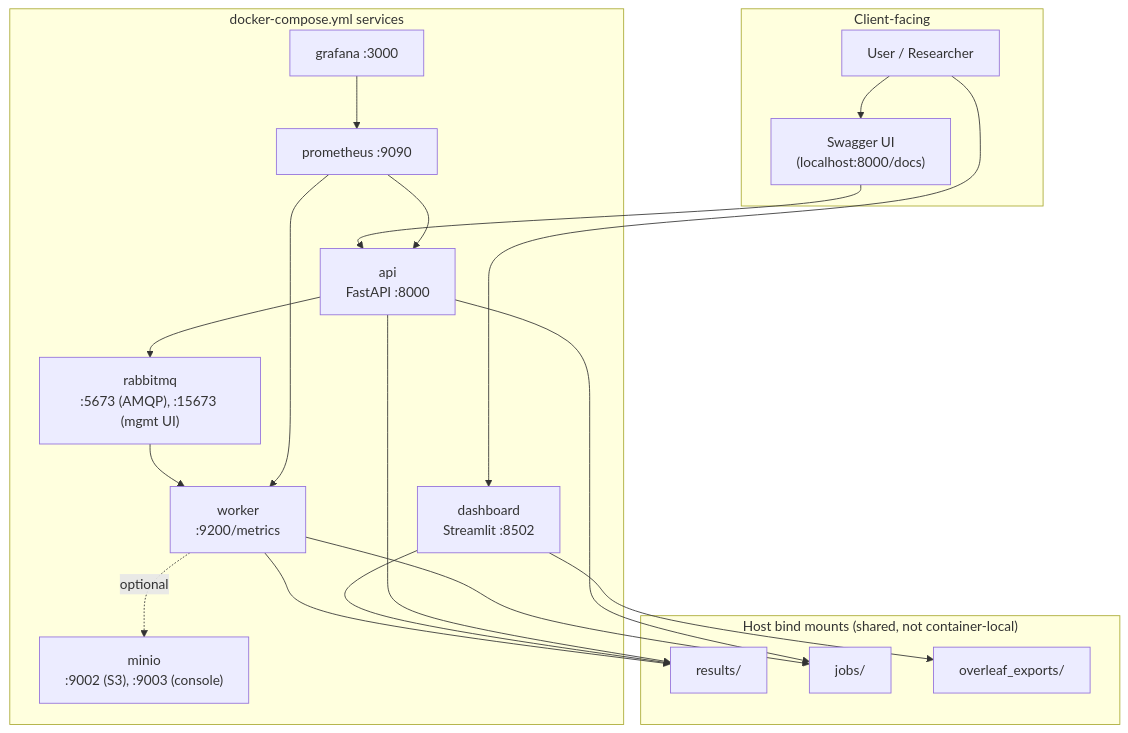
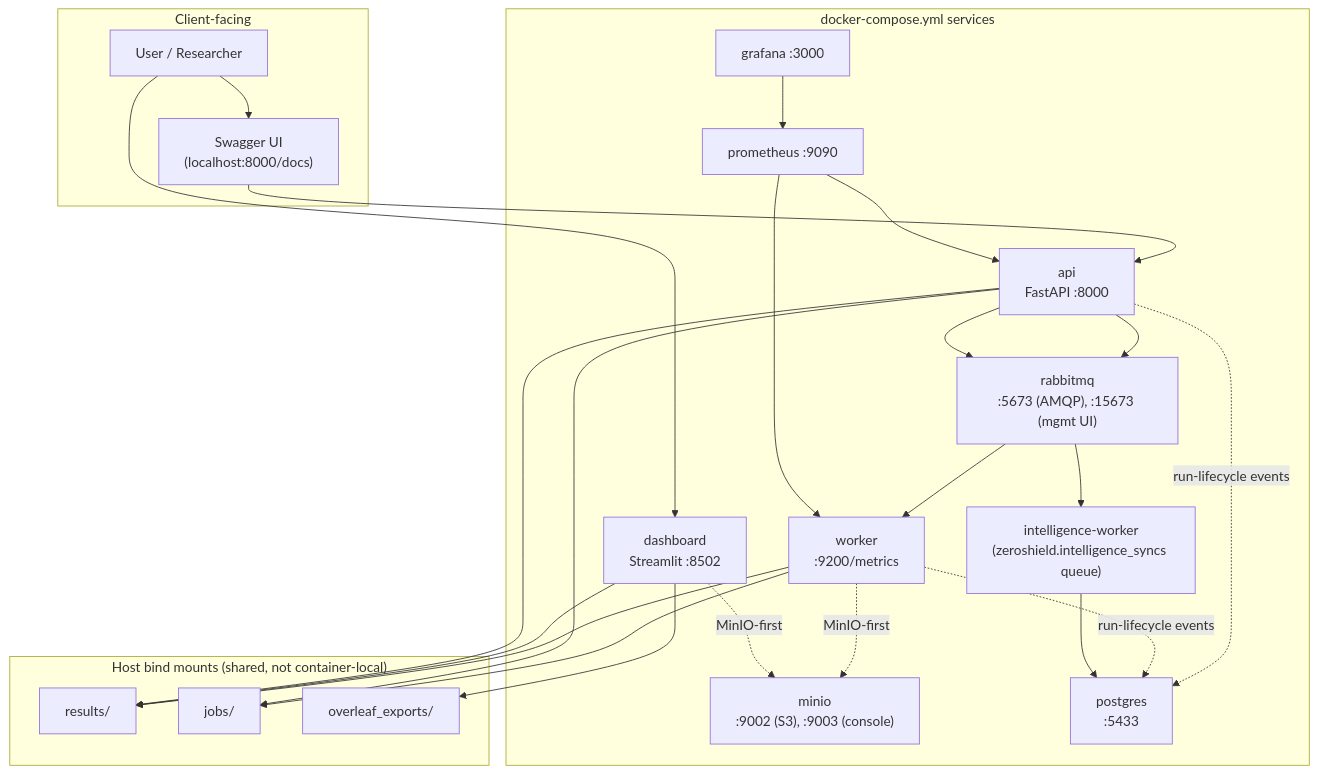
One commit to raihamariam/ZeroShield changed the fifth of 9 diagrams in docs/ARCHITECTURE.md. Above: the diagram before and after it, drawn with Mermaid. The commit also changed other lines of this file and 295 other files, not shown here.

````diff
--- a/docs/ARCHITECTURE.md
+++ b/docs/ARCHITECTURE.md
@@ -164,38 +164,46 @@
 ```mermaid
 flowchart TB
     subgraph ClientFacing["Client-facing"]
         USER["User / Researcher"]
         SWAGGER["Swagger UI<br/>(localhost:8000/docs)"]
     end
 
     subgraph Containers["docker-compose.yml services"]
         API["api<br/>FastAPI :8000"]
         DASH["dashboard<br/>Streamlit :8502"]
         WORKER["worker<br/>:9200/metrics"]
+        IWORKER["intelligence-worker<br/>(zeroshield.intelligence_syncs queue)"]
         MQ["rabbitmq<br/>:5673 (AMQP), :15673 (mgmt UI)"]
         MINIO["minio<br/>:9002 (S3), :9003 (console)"]
+        PG["postgres<br/>:5433"]
         PROM["prometheus :9090"]
         GRAF["grafana :3000"]
     end
 
     subgraph HostMounts["Host bind mounts (shared, not container-local)"]
         RESULTS["results/"]
         JOBS["jobs/"]
         EXPORTS["overleaf_exports/"]
     end
 
     USER --> SWAGGER --> API
     USER --> DASH
     API --> MQ
     MQ --> WORKER
     WORKER --> RESULTS
     WORKER --> JOBS
     API --> JOBS
     DASH --> RESULTS
     API --> RESULTS
     DASH --> EXPORTS
-    WORKER -.optional.-> MINIO
+    WORKER -.MinIO-first.-> MINIO
+    DASH -.MinIO-first.-> MINIO
+    API -.run-lifecycle events.-> PG
+    WORKER -.run-lifecycle events.-> PG
+    API --> MQ
+    MQ --> IWORKER
+    IWORKER --> PG
     PROM --> API
     PROM --> WORKER
     GRAF --> PROM
 ```
````
